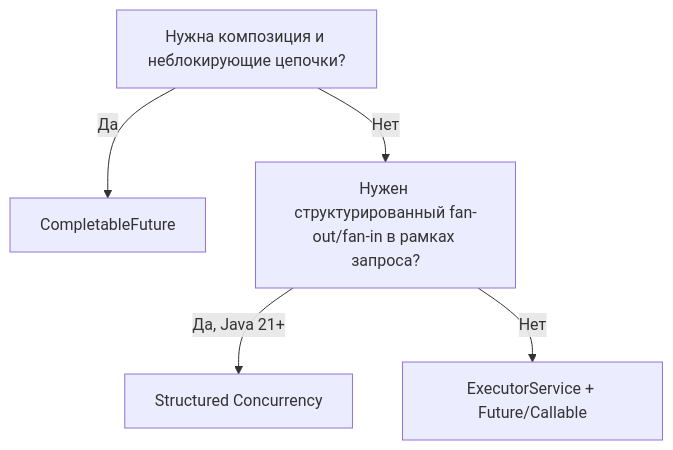
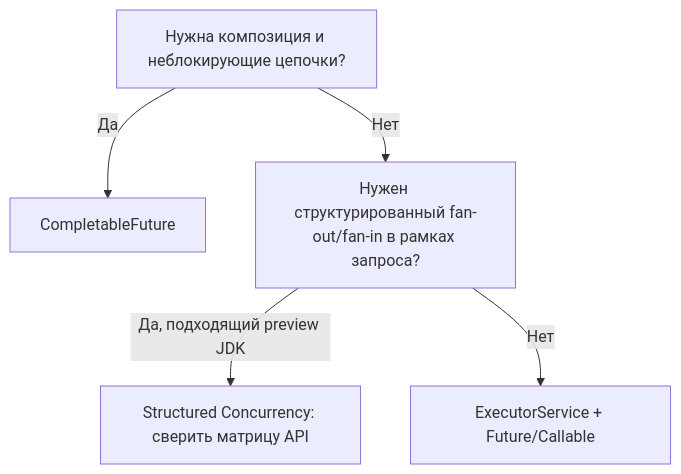
One commit to dzmitry-ramaniuk/development-info-collector changed the third of 3 diagrams in java/multithreading/03-async-coordination.md. Above: the diagram before and after it, drawn with Mermaid. The commit also changed other lines of this file and 4 other files, not shown here.

First line of the commit message:
Clarify JEP statuses for JDK 24–26 and document Structured Concurrency matrix with preview guidance (#62)

````diff
--- a/java/multithreading/03-async-coordination.md
+++ b/java/multithreading/03-async-coordination.md
@@ -260,7 +273,7 @@
 ```mermaid
 flowchart TD
     A["Нужна композиция и неблокирующие цепочки?"] -->|Да| B["CompletableFuture"]
     A -->|Нет| C["Нужен структурированный fan-out/fan-in в рамках запроса?"]
-    C -->|Да, Java 21+| D["Structured Concurrency"]
+    C -->|Да, подходящий preview JDK| D["Structured Concurrency: сверить матрицу API"]
     C -->|Нет| E["ExecutorService + Future/Callable"]
 ```
````
